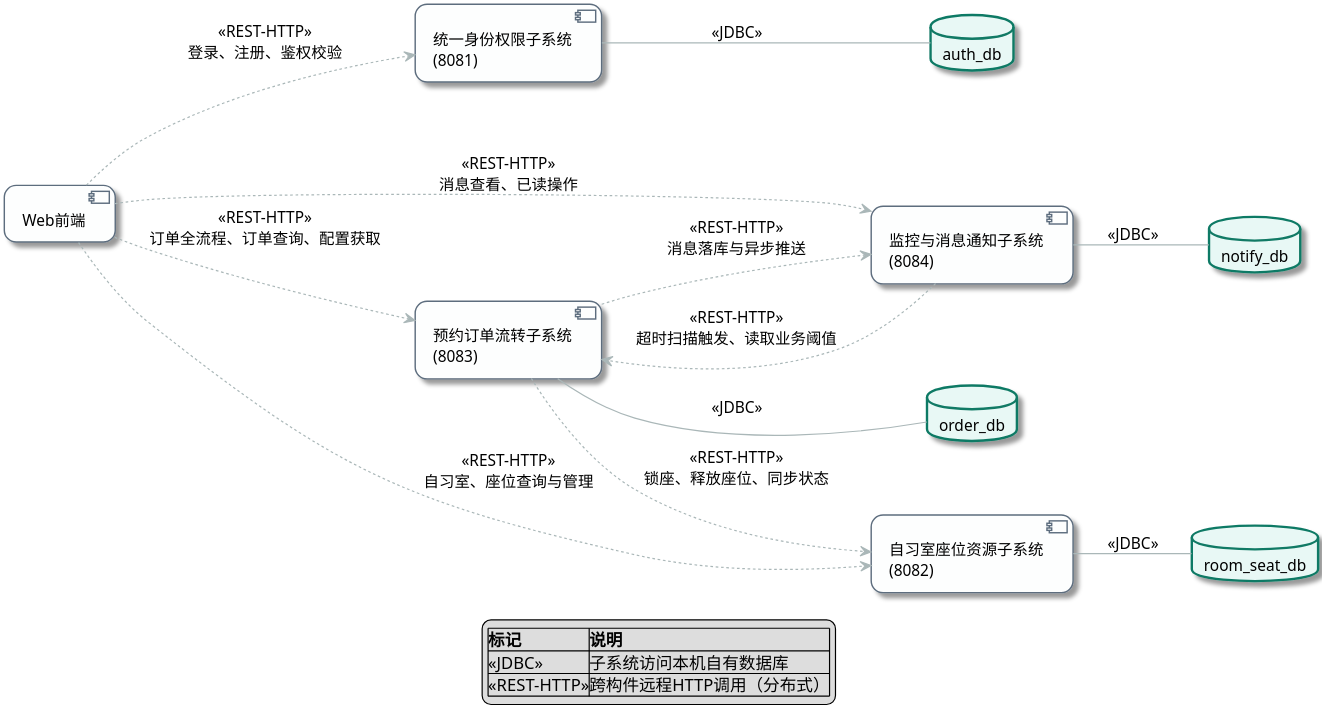
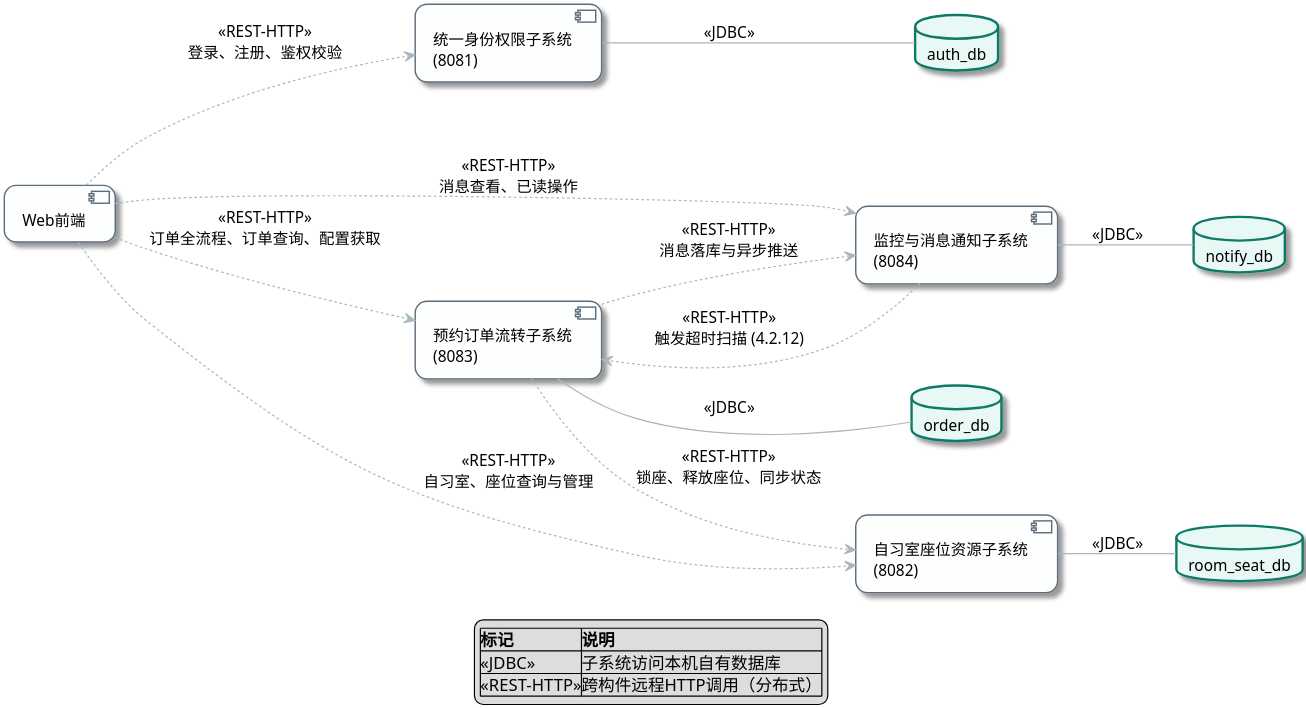
The diagram in 03_UML设计模型/component_studyroom.puml (wlmm123/campus-study-room-system), drawn with PlantUML before and after one commit. The commit also changed 1 other file, not shown here.

Commit message:
成员3-构件图 puml 源文件 + PNG 图片（2.0）

```diff
--- a/03_UML设计模型/component_studyroom.puml
+++ b/03_UML设计模型/component_studyroom.puml
@@ -1,67 +1,68 @@
 @startuml 校园自习室分布式预约管理系统_构件图
 skinparam dpi 300
 ' ================= 全局美化样式 =================
 skinparam component {
     BackgroundColor #FDFEFE
     BorderColor #5D6D7E
     ArrowColor #AAB7B8
     FontSize 13
     BorderThickness 1.2
     RoundCorner 20
 }
 skinparam database {
     BackgroundColor #E8F8F5
     BorderColor #117A65
     FontSize 13
     BorderThickness 2
 }
 skinparam rectangle {
     BackgroundColor #F9FBFB
     BorderColor #2C3E50
     RoundCorner 15
     BorderThickness 2
 }
 skinparam shadowing true
 skinparam nodesep 38
 skinparam ranksep 55
 
 left to right direction
 
 component "Web前端" as frontend
 
 component "统一身份权限子系统\n(8081)" as auth
 component "自习室座位资源子系统\n(8082)" as seat
 component "预约订单流转子系统\n(8083)" as order
 ' 修正：对齐需求文档 4.3 的命名
 component "监控与消息通知子系统\n(8084)" as notify
 
 database "auth_db" as db_auth
 database "room_seat_db" as db_seat
 database "order_db" as db_order
 database "notify_db" as db_notify
 
 ' ========== JDBC：子系统仅访问本机自有数据库（禁止跨库直连） ==========
 auth -- db_auth : <<JDBC>>
 seat -- db_seat : <<JDBC>>
 order -- db_order : <<JDBC>>
 notify -- db_notify : <<JDBC>>
 
 ' ========== Web前端调用后端（REST-HTTP） ==========
 frontend ..> auth : <<REST-HTTP>>\n登录、注册、鉴权校验
 frontend ..> seat : <<REST-HTTP>>\n自习室、座位查询与管理
 frontend ..> order : <<REST-HTTP>>\n订单全流程、订单查询、配置获取
 ' 修复：补齐消息查看业务连线
 frontend ..> notify : <<REST-HTTP>>\n消息查看、已读操作
 
 ' ========== 后端跨服务调用（内部接口调用链路） ==========
 order ..> seat : <<REST-HTTP>>\n锁座、释放座位、同步状态
 order ..> notify : <<REST-HTTP>>\n消息落库与异步推送
-notify ..> order : <<REST-HTTP>>\n超时扫描触发、读取业务阈值
+' 【已修复】删除了“读取业务阈值”，改为准确描述 4.2.12
+notify ..> order : <<REST-HTTP>>\n触发超时扫描 (4.2.12)
 
 legend bottom
 |=标记|=说明|
 |<<JDBC>>|子系统访问本机自有数据库|
 |<<REST-HTTP>>|跨构件远程HTTP调用（分布式）|
 end legend
 
 @enduml
```
